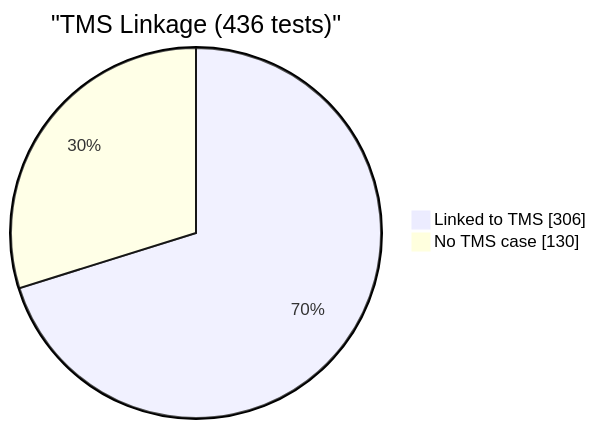
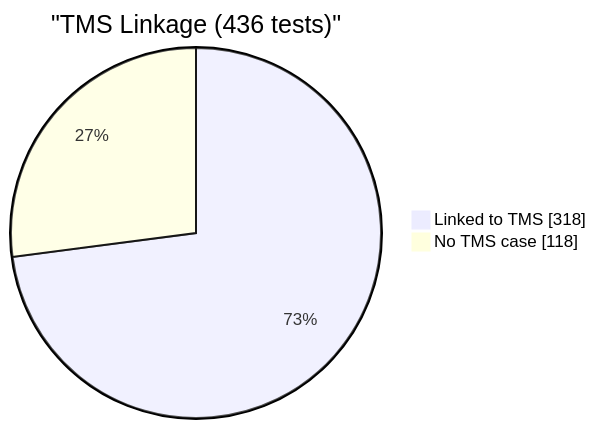
Before and after one commit to EliteaAI/onetest-ai-tm-Elitea: the fourth of 4 diagrams in reports/dashboard.md, drawn with Mermaid. The commit also changed other lines of this file and 1 other file, not shown here.

````diff
--- a/reports/dashboard.md
+++ b/reports/dashboard.md
@@ -67,6 +77,6 @@
 ```mermaid
 pie showData
     title "TMS Linkage (436 tests)"
-    "Linked to TMS" : 306
-    "No TMS case" : 130
+    "Linked to TMS" : 318
+    "No TMS case" : 118
 ```
````
